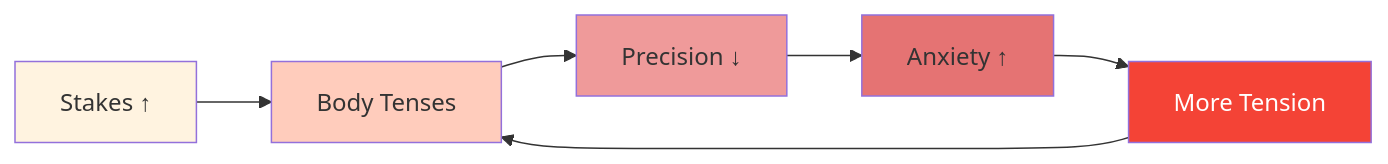
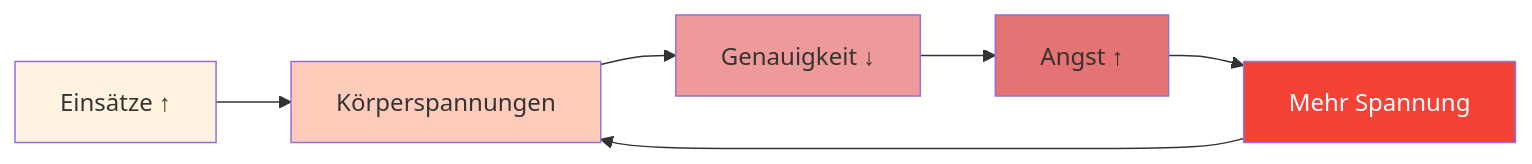
One commit to patwii/petanque-academy changed the second of 2 diagrams in docs/de/articles/tension-precision.md. Above: the diagram before and after it, drawn with Mermaid. The commit also changed other lines of this file and 550 other files, not shown here.

````diff
--- a/docs/de/articles/tension-precision.md
+++ b/docs/de/articles/tension-precision.md
@@ -62,14 +62,14 @@
 ```mermaid
 flowchart LR
-    A[Stakes ↑] --> B[Body Tenses]
-    B --> C[Precision ↓]
-    C --> D[Anxiety ↑]
-    D --> E[More Tension]
+    A[Einsätze ↑] --> B[Körperspannungen]
+    B --> C[Genauigkeit ↓]
+    C --> D[Angst ↑]
+    D --> E[Mehr Spannung]
     E --> B
 
     style A fill:#fff3e0
     style B fill:#ffccbc
     style C fill:#ef9a9a
     style D fill:#e57373
     style E fill:#f44336,color:#fff
 ```
````
